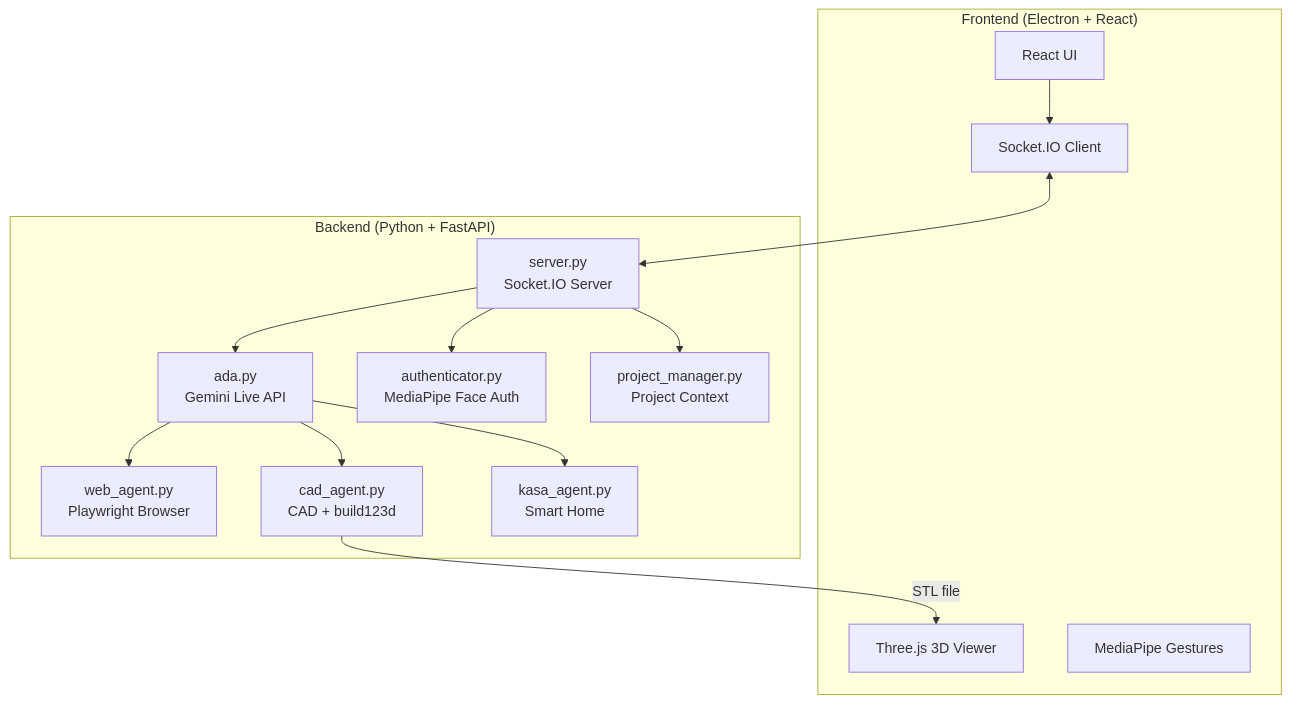
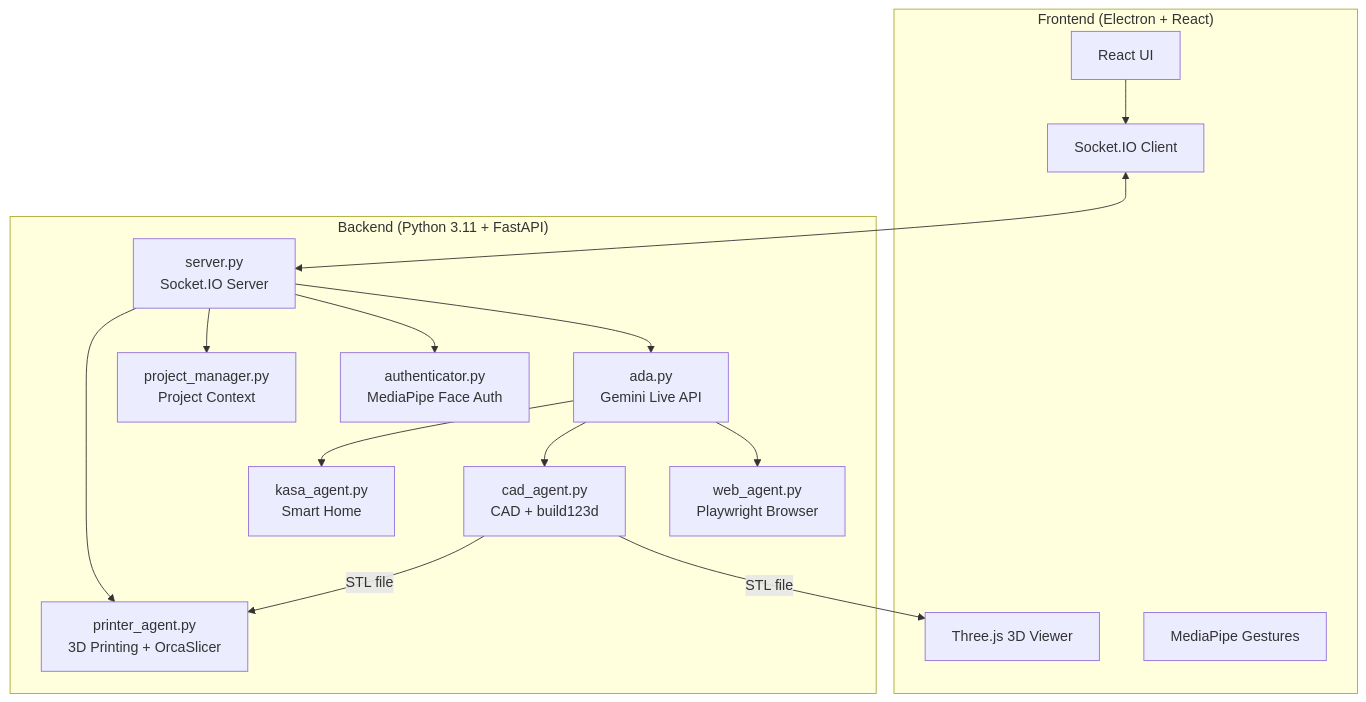
Before and after one commit to mazwisprojects/Friday-AI-Assistant: the diagram in README.md, drawn with Mermaid. The commit also changed other lines of this file and 1 other file, not shown here.

Commit message:
feat: Add 3D printer agent, update gesture control, and refine project architecture documentation with new dependencies

````diff
--- a/README.md
+++ b/README.md
@@ -44,29 +44,32 @@
 ```mermaid
 graph TB
     subgraph Frontend ["Frontend (Electron + React)"]
         UI[React UI]
         THREE[Three.js 3D Viewer]
         GESTURE[MediaPipe Gestures]
         SOCKET_C[Socket.IO Client]
     end
     
-    subgraph Backend ["Backend (Python + FastAPI)"]
+    subgraph Backend ["Backend (Python 3.11 + FastAPI)"]
         SERVER[server.py<br/>Socket.IO Server]
         ADA[ada.py<br/>Gemini Live API]
         WEB[web_agent.py<br/>Playwright Browser]
         CAD[cad_agent.py<br/>CAD + build123d]
+        PRINTER[printer_agent.py<br/>3D Printing + OrcaSlicer]
         KASA[kasa_agent.py<br/>Smart Home]
         AUTH[authenticator.py<br/>MediaPipe Face Auth]
         PM[project_manager.py<br/>Project Context]
     end
     
     UI --> SOCKET_C
     SOCKET_C <--> SERVER
     SERVER --> ADA
     ADA --> WEB
     ADA --> CAD
     ADA --> KASA
     SERVER --> AUTH
     SERVER --> PM
+    SERVER --> PRINTER
     CAD -->|STL file| THREE
+    CAD -->|STL file| PRINTER
 ```
````
